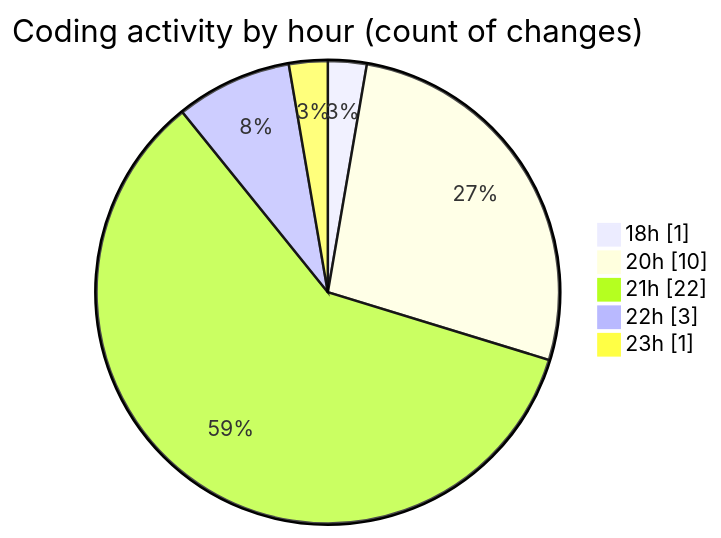
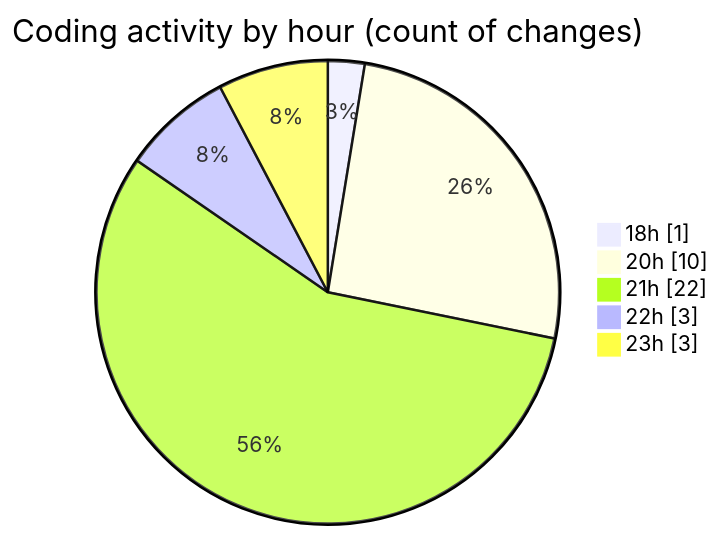
One commit to MatusMokan/code-tracking changed the second of 2 diagrams in 2025-10-08/untitled__workspace_/README.md. Above: the diagram before and after it, drawn with Mermaid. The commit also changed other lines of this file and 1 other file, not shown here.

````diff
--- a/2025-10-08/untitled__workspace_/README.md
+++ b/2025-10-08/untitled__workspace_/README.md
@@ -32,9 +32,9 @@
 ```mermaid
 pie showData
 title Coding activity by hour (count of changes)
 "18h" : 1
 "20h" : 10
 "21h" : 22
 "22h" : 3
-"23h" : 1
+"23h" : 3
 ```
````
